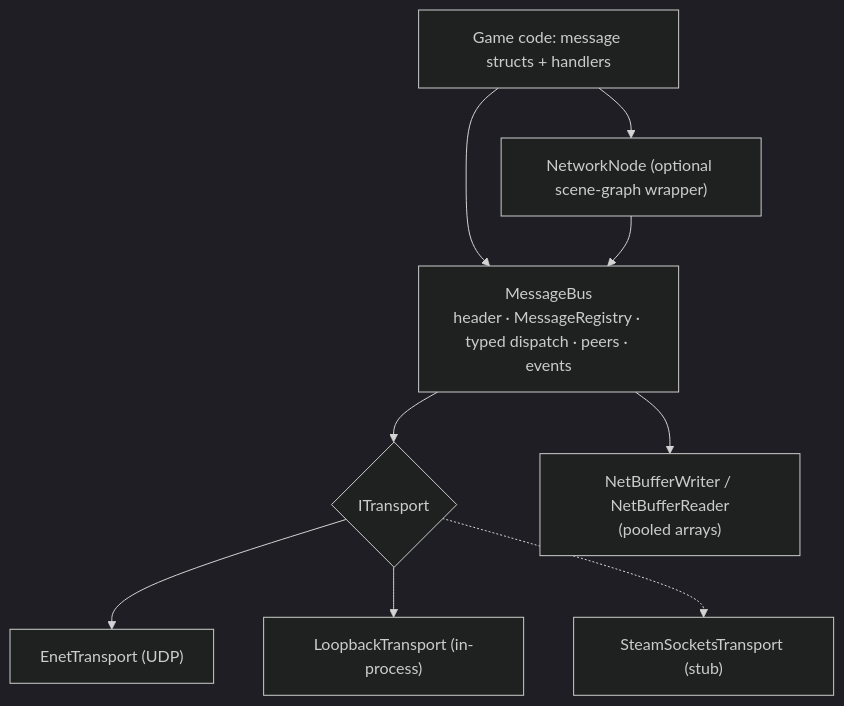
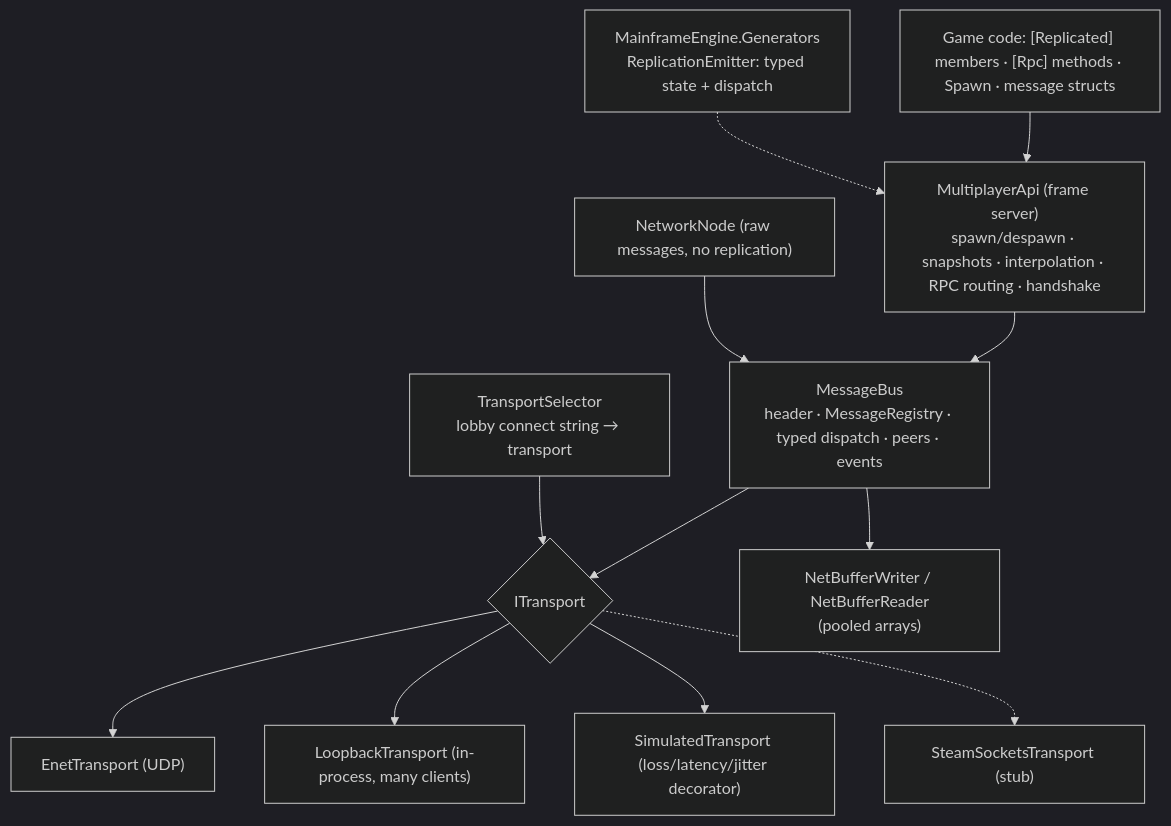
The first of 4 diagrams in docs/design/networking.md (Mainframe-Games/mainframe-engine), drawn with Mermaid (dark theme) before and after one commit. The commit also changed other lines of this file and 18 other files, not shown here.

````diff
--- a/docs/design/networking.md
+++ b/docs/design/networking.md
@@ -11,11 +14,14 @@
 ```mermaid
 flowchart TB
-    G["Game code: message structs + handlers"] --> NN["NetworkNode (optional scene-graph wrapper)"]
-    G --> B
-    NN --> B["MessageBus<br/>header · MessageRegistry · typed dispatch · peers · events"]
-    B --> T{"ITransport"}
+    G["Game code: [Replicated] members · [Rpc] methods · Spawn · message structs"] --> MP
+    MP["MultiplayerApi (frame server)<br/>spawn/despawn · snapshots · interpolation · RPC routing · handshake"] --> B
+    GEN["MainframeEngine.Generators<br/>ReplicationEmitter: typed state + dispatch"] -.-> MP
+    NN["NetworkNode (raw messages, no replication)"] --> B
+    B["MessageBus<br/>header · MessageRegistry · typed dispatch · peers · events"] --> T{"ITransport"}
     T --> E["EnetTransport (UDP)"]
-    T --> L["LoopbackTransport (in-process)"]
+    T --> L["LoopbackTransport (in-process, many clients)"]
+    T --> SIM["SimulatedTransport (loss/latency/jitter decorator)"]
     T -.-> S["SteamSocketsTransport (stub)"]
+    SEL["TransportSelector<br/>lobby connect string → transport"] --> T
     B --> W["NetBufferWriter / NetBufferReader<br/>(pooled arrays)"]
 ```
````
